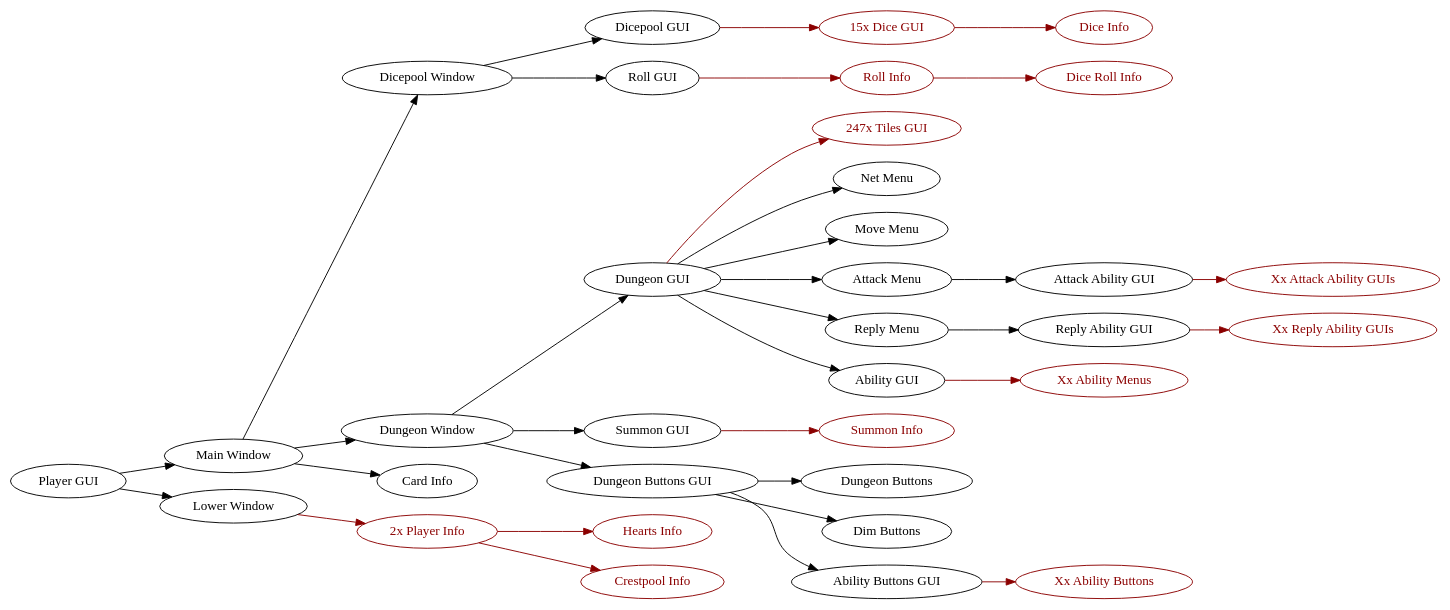
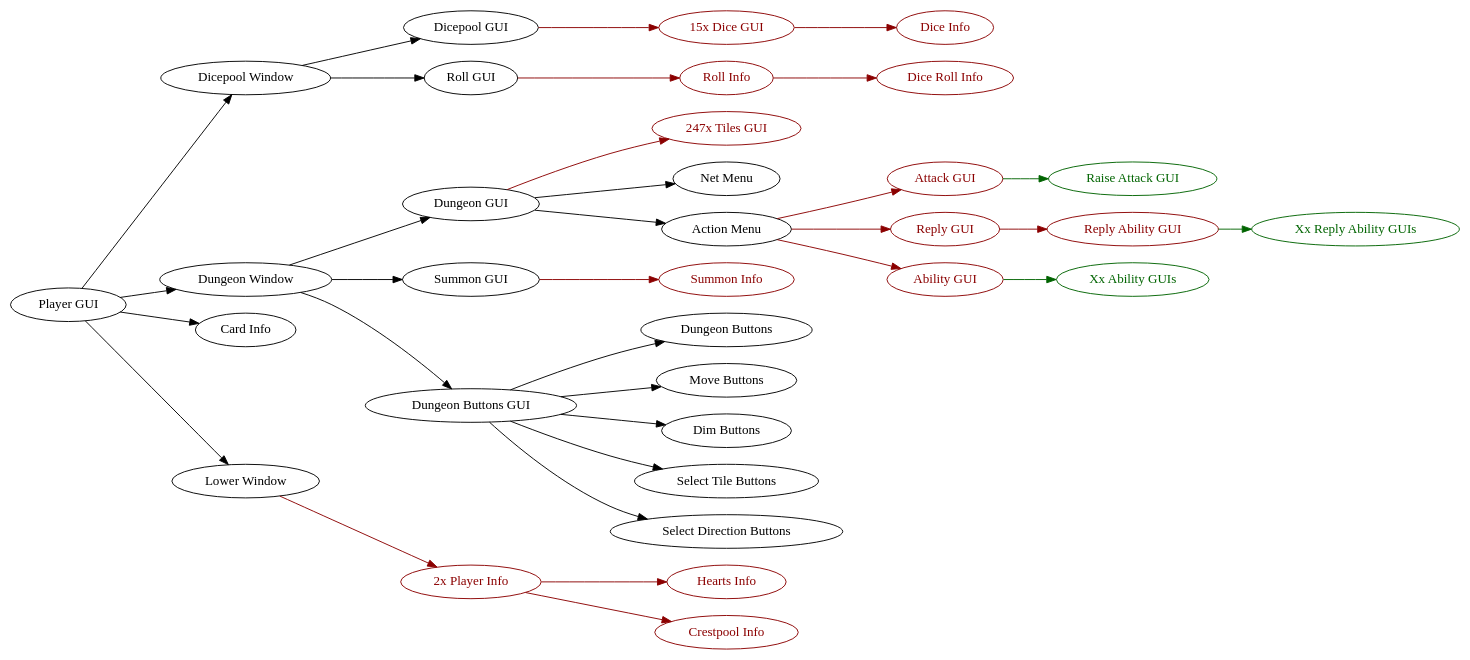
The diagram in documentation/diagrams/player_gui.dot (francocurotto/DDMre), drawn with Graphviz before and after one commit. The commit also changed 10 other files, not shown here.

```diff
--- a/documentation/diagrams/player_gui.dot
+++ b/documentation/diagrams/player_gui.dot
@@ -1,24 +1,25 @@
 digraph player_gui {
     rankdir=LR
-    "Player GUI" -> {"Main Window", "Lower Window"}
-    "Main Window" -> {"Dicepool Window", "Dungeon Window", "Card Info"}
+    "Player GUI" -> {"Dicepool Window", "Dungeon Window", "Card Info", "Lower Window"}
     "Dicepool Window" -> {"Dicepool GUI", "Roll GUI"}
     "Dicepool GUI" -> {"15x Dice GUI"[color=darkred, fontcolor=darkred]} [color=darkred]
     "15x Dice GUI" -> {"Dice Info"[color=darkred, fontcolor=darkred]} [color=darkred]
     "Roll GUI" -> {"Roll Info"[color=darkred, fontcolor=darkred]} [color=darkred]
     "Roll Info" -> {"Dice Roll Info"[color=darkred, fontcolor=darkred]} [color=darkred]
     "Dungeon Window" -> {"Dungeon GUI", "Summon GUI", "Dungeon Buttons GUI"}
     "Dungeon GUI" -> {"247x Tiles GUI" [color=darkred, fontcolor=darkred]} [color=darkred]
-    "Dungeon GUI" -> {"Net Menu", "Move Menu", "Attack Menu", "Reply Menu", "Ability GUI"}
-    "Attack Menu" -> "Attack Ability GUI"
-    "Attack Ability GUI" -> {"Xx Attack Ability GUIs"[color=darkred, fontcolor=darkred]} [color=darkred]
-    "Reply Menu" -> "Reply Ability GUI"
-    "Reply Ability GUI" -> {"Xx Reply Ability GUIs"[color=darkred, fontcolor=darkred]} [color=darkred]
-    "Ability GUI" -> {"Xx Ability Menus"[color=darkred, fontcolor=darkred]} [color=darkred]
+    "Dungeon GUI" -> {"Net Menu", "Action Menu"}
+    //"Action Menu" -> {"Attack GUI", "Reply GUI", "Ability GUI"}
+    "Action Menu" -> {"Attack GUI"[color=darkred, fontcolor=darkred]} [color=darkred]
+    "Action Menu" -> {"Reply GUI"[color=darkred, fontcolor=darkred]} [color=darkred]
+    "Action Menu" -> {"Ability GUI"[color=darkred, fontcolor=darkred]} [color=darkred]
+    "Attack GUI" -> {"Raise Attack GUI"[color=darkgreen, fontcolor=darkgreen]} [color=darkgreen]
+    "Reply GUI" -> {"Reply Ability GUI"[color=darkred, fontcolor=darkred]} [color=darkred]
+    "Reply Ability GUI" -> {"Xx Reply Ability GUIs"[color=darkgreen, fontcolor=darkgreen]} [color=darkgreen]
+    "Ability GUI" -> {"Xx Ability GUIs"[color=darkgreen, fontcolor=darkgreen]} [color=darkgreen]
     "Summon GUI" -> {"Summon Info"[color=darkred, fontcolor=darkred]} [color=darkred]
-    "Dungeon Buttons GUI" -> {"Dungeon Buttons", "Dim Buttons", "Ability Buttons GUI"}
-    "Ability Buttons GUI" -> {"Xx Ability Buttons"[color=darkred, fontcolor=darkred]} [color=darkred]
+    "Dungeon Buttons GUI" -> {"Dungeon Buttons", "Move Buttons", "Dim Buttons", "Select Tile Buttons", "Select Direction Buttons"}
     "Lower Window" -> {"2x Player Info"[color=darkred, fontcolor=darkred]} [color=darkred]
     "2x Player Info" -> {"Hearts Info"[color=darkred, fontcolor=darkred]} [color=darkred] 
     "2x Player Info" -> {"Crestpool Info"[color=darkred, fontcolor=darkred]} [color=darkred]
 }
```
